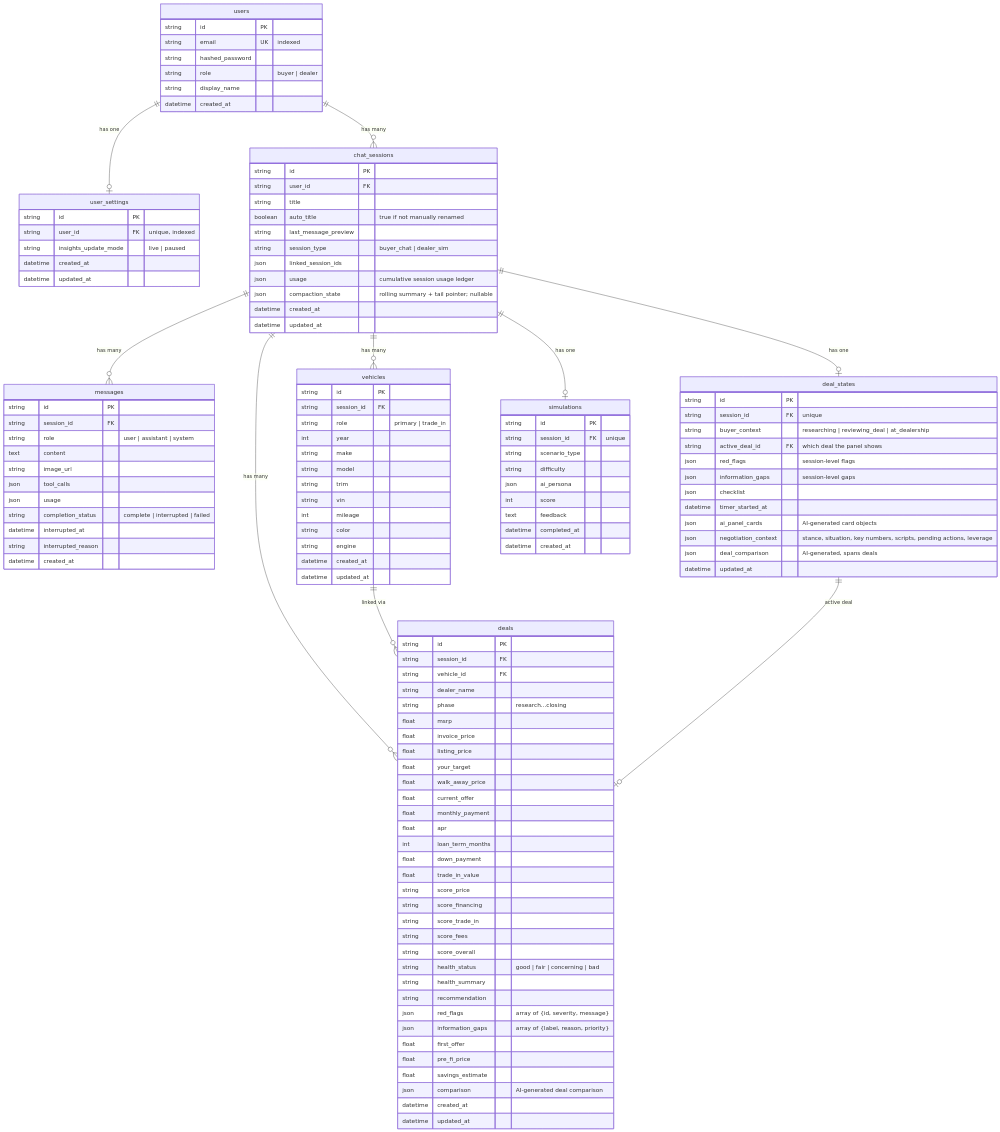
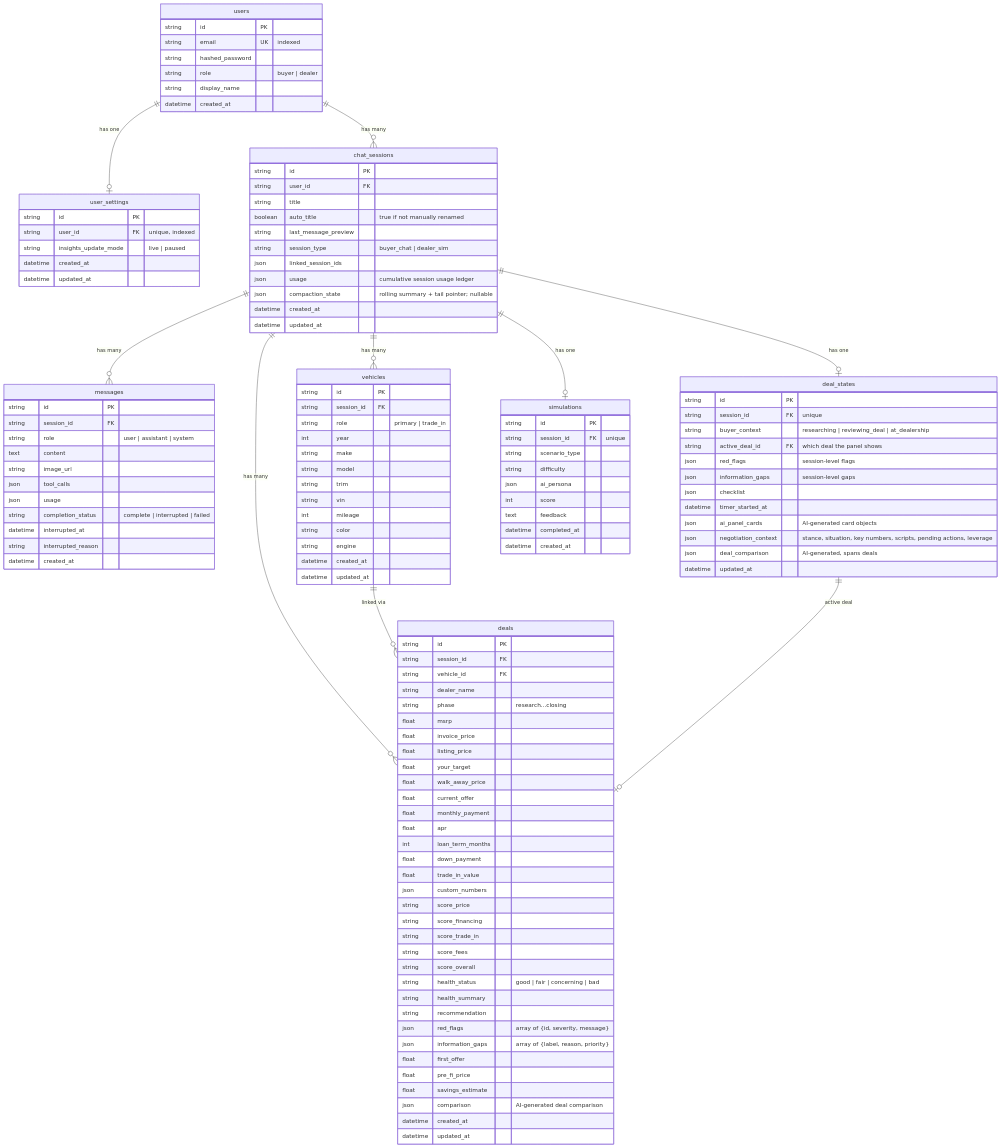
The second of 2 diagrams in docs/TRD.md (kramersmith/dealership-ai), drawn with Mermaid before and after one commit. The commit also changed other lines of this file and 27 other files, not shown here.

```diff
--- a/docs/TRD.md
+++ b/docs/TRD.md
@@ -437,6 +437,7 @@
         int loan_term_months
         float down_payment
         float trade_in_value
+        json custom_numbers
         string score_price
         string score_financing
         string score_trade_in
```
